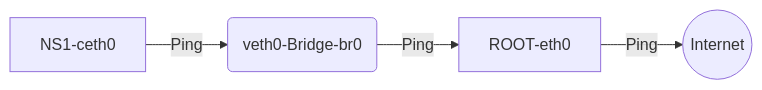
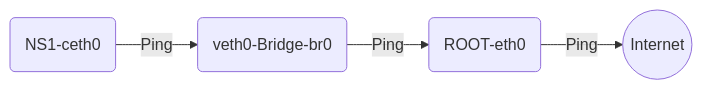
One commit to dipanjal/DevOps changed the second of 7 diagrams in NetNS_Ingress_Egress_Traffic/README.md. Above: the diagram before and after it, drawn with Mermaid. The commit also changed other lines of this file and 1 other file, not shown here.

````diff
--- a/NetNS_Ingress_Egress_Traffic/README.md
+++ b/NetNS_Ingress_Egress_Traffic/README.md
@@ -30,6 +29,6 @@
 ```mermaid
 graph LR
-A[NS1-ceth0] -- Ping --> B(veth0-Bridge-br0)
-B(veth0-Bridge-br0) -- Ping --> C[ROOT-eth0]
-C[ROOT-eth0] -- Ping<SNAT> --> D((Internet))
+A(NS1-ceth0) -- Ping --> B(veth0-Bridge-br0)
+B(veth0-Bridge-br0) -- Ping --> C(ROOT-eth0)
+C(ROOT-eth0) -- Ping<SNAT> --> D((Internet))
 ```
````
